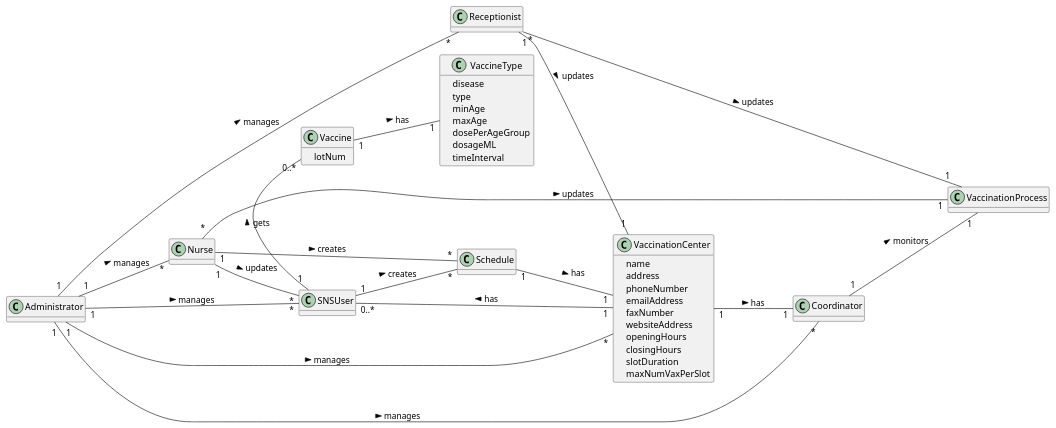
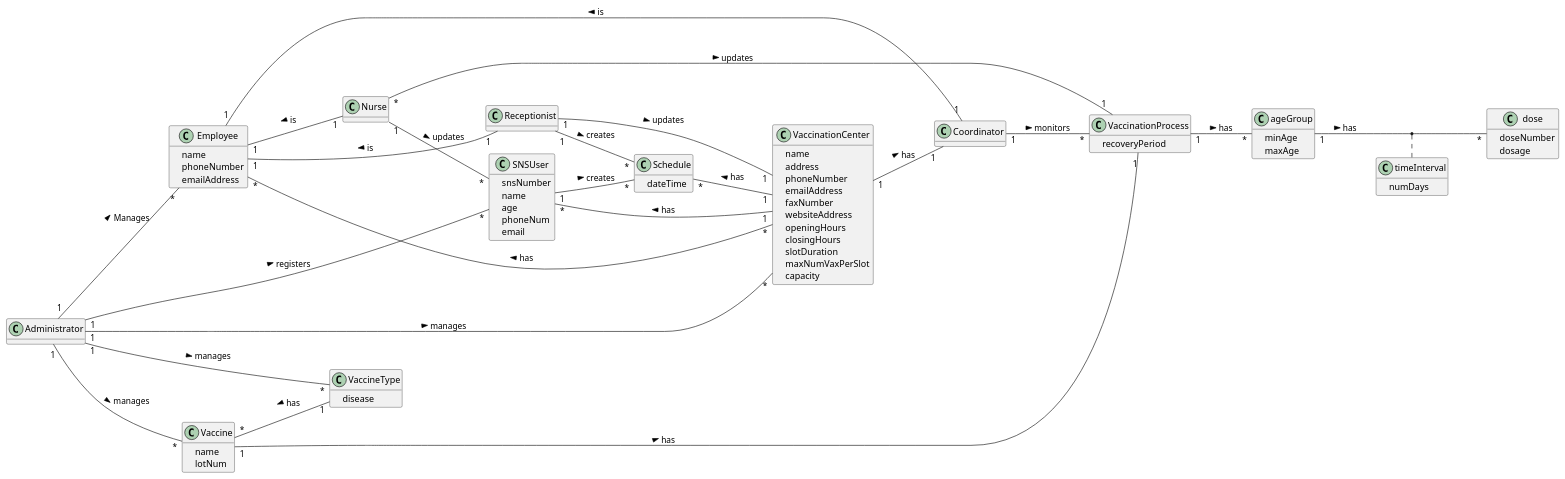
One commit to Norton1337/LAPR2_2122 changed the diagram in docs/SprintA/DM.puml. Above: the diagram before and after it, drawn with PlantUML.

Commit message:
T-08 Completed DM

```diff
--- a/docs/SprintA/DM.puml
+++ b/docs/SprintA/DM.puml
@@ -1,96 +1,125 @@
 @startuml
 hide methods
 left to right direction
 skinparam classAttributeIconSize 3
 
 
 
 
 class Coordinator{
 
 }
-
-class VaccinationCenter {
-    -name
-    -address
-    -phoneNumber
-    -emailAddress
-    -faxNumber
-    -websiteAddress
-    -openingHours
-    -closingHours
-    -slotDuration
-    -maxNumVaxPerSlot
-
-}
-
 
 class Nurse {
 
 
 }
 
 class Receptionist{
 
 }
 
 class Administrator{
 
 }
 
+
+class Employee{
+    -name
+    -phoneNumber
+    -emailAddress
+}
+
+class VaccinationCenter {
+    -name
+    -address
+    -phoneNumber
+    -emailAddress
+    -faxNumber
+    -websiteAddress
+    -openingHours
+    -closingHours
+    -slotDuration
+    -maxNumVaxPerSlot
+    -capacity
+
+}
+
 class Schedule{
+    -dateTime
 }
 
 class SNSUser {
-
+    -snsNumber
+    -name
+    -age
+    -phoneNum
+    -email
 }
 
 class VaccineType{
     -disease
-    -type
-    -minAge
-    -maxAge
-    -dosePerAgeGroup
-    -dosageML
-    -timeInterval
+
 }
 
 class Vaccine{
+    -name
     -lotNum
 }
 
 
 class VaccinationProcess{
+    -recoveryPeriod
+}
+
+class ageGroup{
+    -minAge
+    -maxAge
+}
+class dose{
+    -doseNumber
+    -dosage
+}
+
+class timeInterval{
+    -numDays
+}
+
+Employee "1" -- "1" Nurse: is <
+Employee "1" -- "1" Receptionist: is <
+Employee "1" -- "1" Coordinator: is <
+Administrator "1" -- "*" Employee: Manages >
+
+Employee "*" -- "*" VaccinationCenter: has <
+
+Nurse "*" -- "1" VaccinationProcess: updates >
+Nurse "1" -- "*" SNSUser: updates >
+
+Receptionist "1" -- "1" VaccinationCenter: updates >
+
+Vaccine "1" -- "1" VaccinationProcess: has >
+Vaccine "*" -- "1" VaccineType: has <
+VaccinationProcess "1" -- "*" ageGroup: has >
+ageGroup "1" -- "*" dose: has >
+(ageGroup, dose) .. timeInterval
 
 
+VaccinationCenter "1" -- "*" SNSUser: has >
+VaccinationCenter "1" -- "1" Coordinator: has >
 
-}
+Coordinator "1" -- "*" VaccinationProcess: monitors >
 
-Nurse "*" -- "1" VaccinationProcess: updates >
+Receptionist "1" -- "*" Schedule: creates >
 
 
-Receptionist "1" -- "1" VaccinationCenter: updates >
-Receptionist "*" -- "1" VaccinationProcess: updates >
+Schedule "*" -- "1" VaccinationCenter: has <
+
+SNSUser "1" -- "*" Schedule: creates >
+
+Administrator "1" -- "*" VaccinationCenter: manages >
+Administrator "1" -- "*" SNSUser: registers >
+Administrator "1" -- "*" Vaccine: manages >
+Administrator "1" -- "*" VaccineType: manages >
 
 
-VaccinationCenter "1" -- "0..*" SNSUser: has >
-VaccinationCenter "1" -- "1" Coordinator: has >
-
-Coordinator "1" -- "1" VaccinationProcess: monitors >
-
-Nurse "1" -- "*" Schedule: creates >
-Nurse "1" -- "*" SNSUser: updates >
-
-Schedule "1" -- "1" VaccinationCenter: has >
-
-SNSUser "1" -- "*" Schedule: creates >
-SNSUser "1" - "0..*" Vaccine: gets >
-
-Administrator "1" -- "*" VaccinationCenter: manages >
-Administrator "1" -- "*" Nurse: manages >
-Administrator "1" -- "*" Receptionist: manages >
-Administrator "1" -- "*" SNSUser: manages >
-Administrator "1" -- "*" Coordinator: manages >
-
-Vaccine "1" -- "1" VaccineType: has >
 @enduml
```
